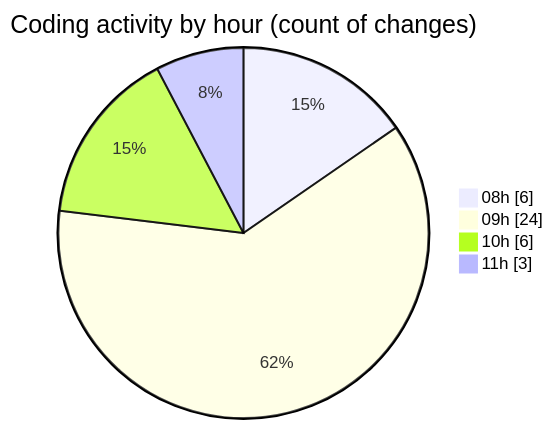
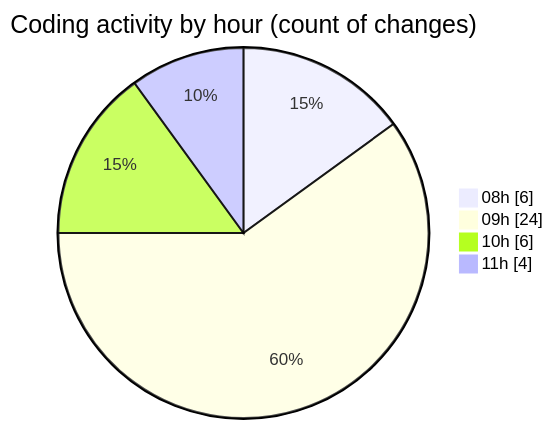
The second of 2 diagrams in 2025-04-11/zeytoon/README.md (vahidmafi/code-tracking), drawn with Mermaid before and after one commit. The commit also changed other lines of this file and 1 other file, not shown here.

````diff
--- a/2025-04-11/zeytoon/README.md
+++ b/2025-04-11/zeytoon/README.md
@@ -33,8 +33,8 @@
 ```mermaid
 pie showData
 title Coding activity by hour (count of changes)
 "08h" : 6
 "09h" : 24
 "10h" : 6
-"11h" : 3
+"11h" : 4
 ```
````
